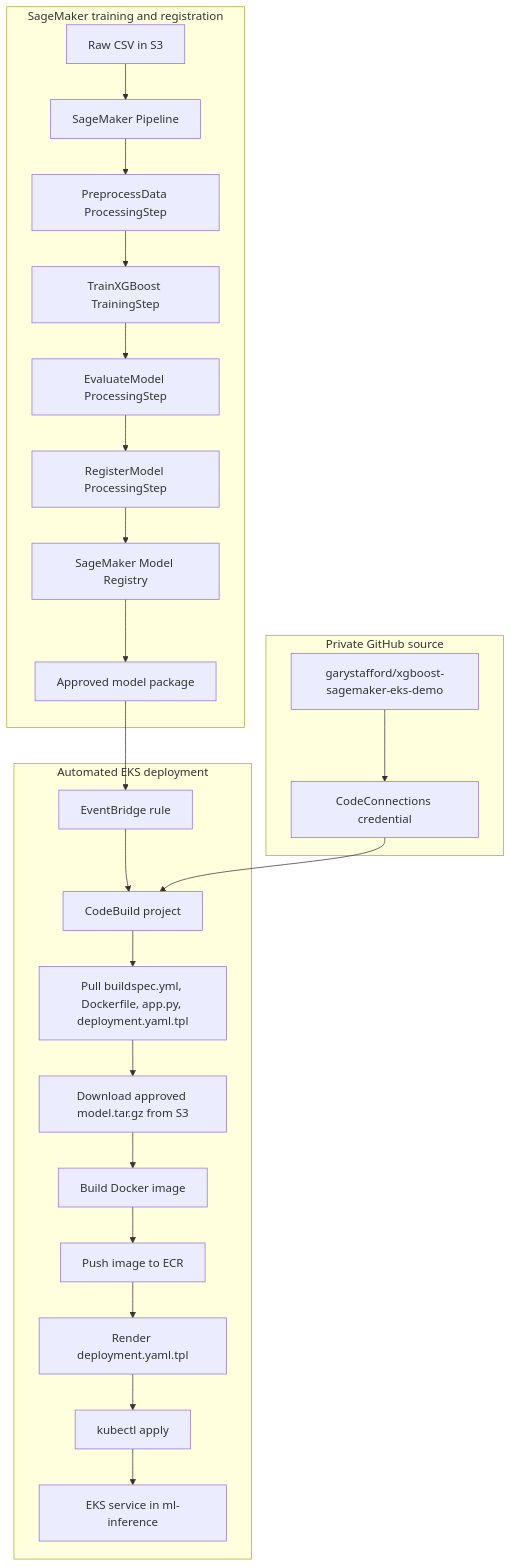
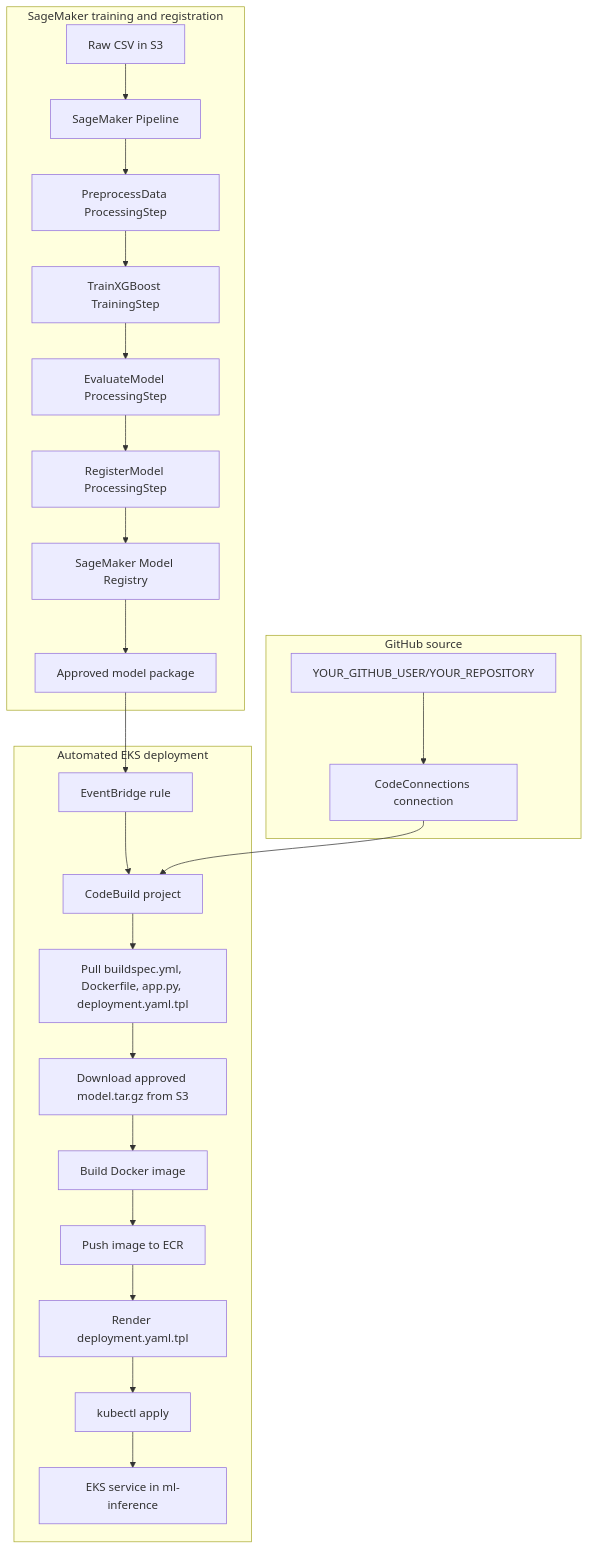
The diagram in README.md (garystafford/xgboost-sagemaker-eks-demo-public), drawn with Mermaid before and after one commit. The commit also changed other lines of this file and 4 other files, not shown here.

````diff
--- a/README.md
+++ b/README.md
@@ -24,31 +24,31 @@
 ```mermaid
 flowchart TD
     subgraph Training["SageMaker training and registration"]
         A["Raw CSV in S3"] --> B["SageMaker Pipeline"]
         B --> C["PreprocessData ProcessingStep"]
         C --> D["TrainXGBoost TrainingStep"]
         D --> E["EvaluateModel ProcessingStep"]
         E --> F["RegisterModel ProcessingStep"]
         F --> G["SageMaker Model Registry"]
         G --> H["Approved model package"]
     end
 
-    subgraph Source["Private GitHub source"]
-        S1["garystafford/xgboost-sagemaker-eks-demo"]
-        S2["CodeConnections credential"]
+    subgraph Source["GitHub source"]
+        S1["YOUR_GITHUB_USER/YOUR_REPOSITORY"]
+        S2["CodeConnections connection"]
         S1 --> S2
     end
 
     subgraph Deploy["Automated EKS deployment"]
         H --> I["EventBridge rule"]
         I --> J["CodeBuild project"]
         S2 --> J
         J --> K["Pull buildspec.yml, Dockerfile, app.py, deployment.yaml.tpl"]
         K --> L["Download approved model.tar.gz from S3"]
         L --> M["Build Docker image"]
         M --> N["Push image to ECR"]
         N --> O["Render deployment.yaml.tpl"]
         O --> P["kubectl apply"]
         P --> Q["EKS service in ml-inference"]
     end
 ```
````
